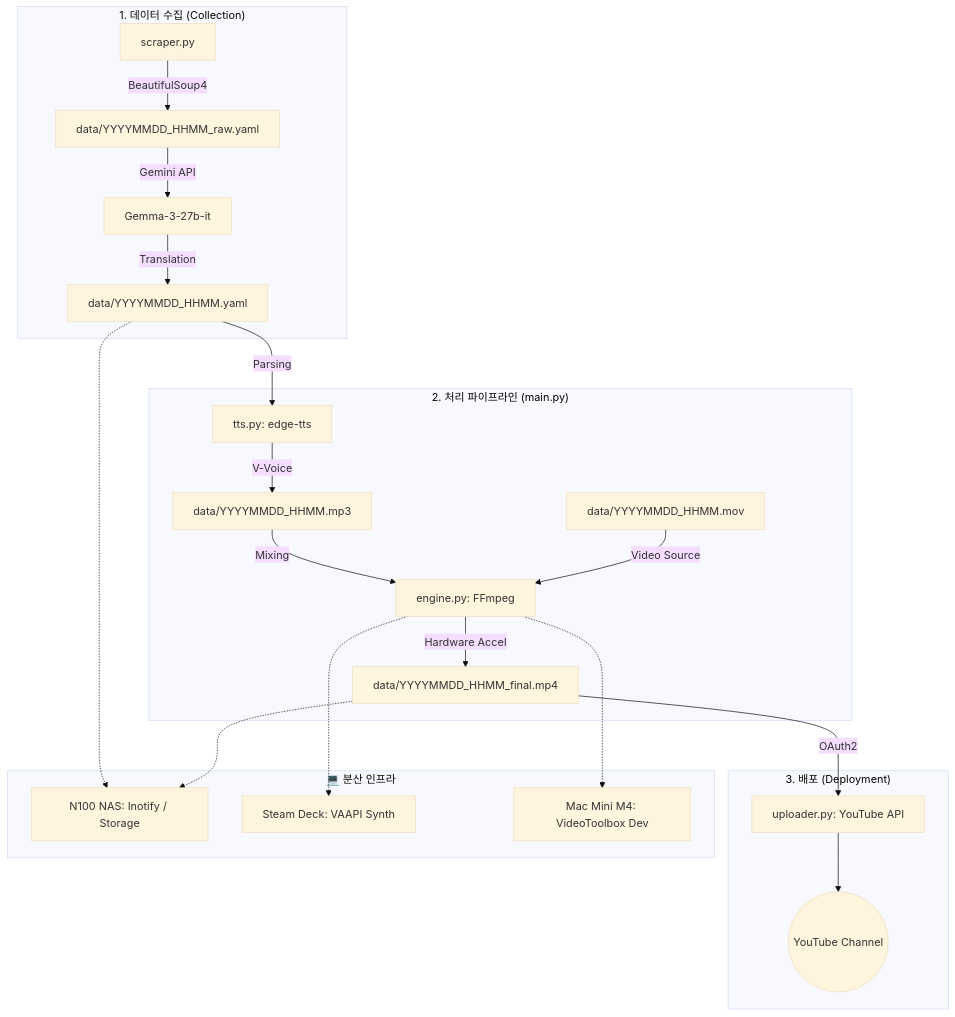
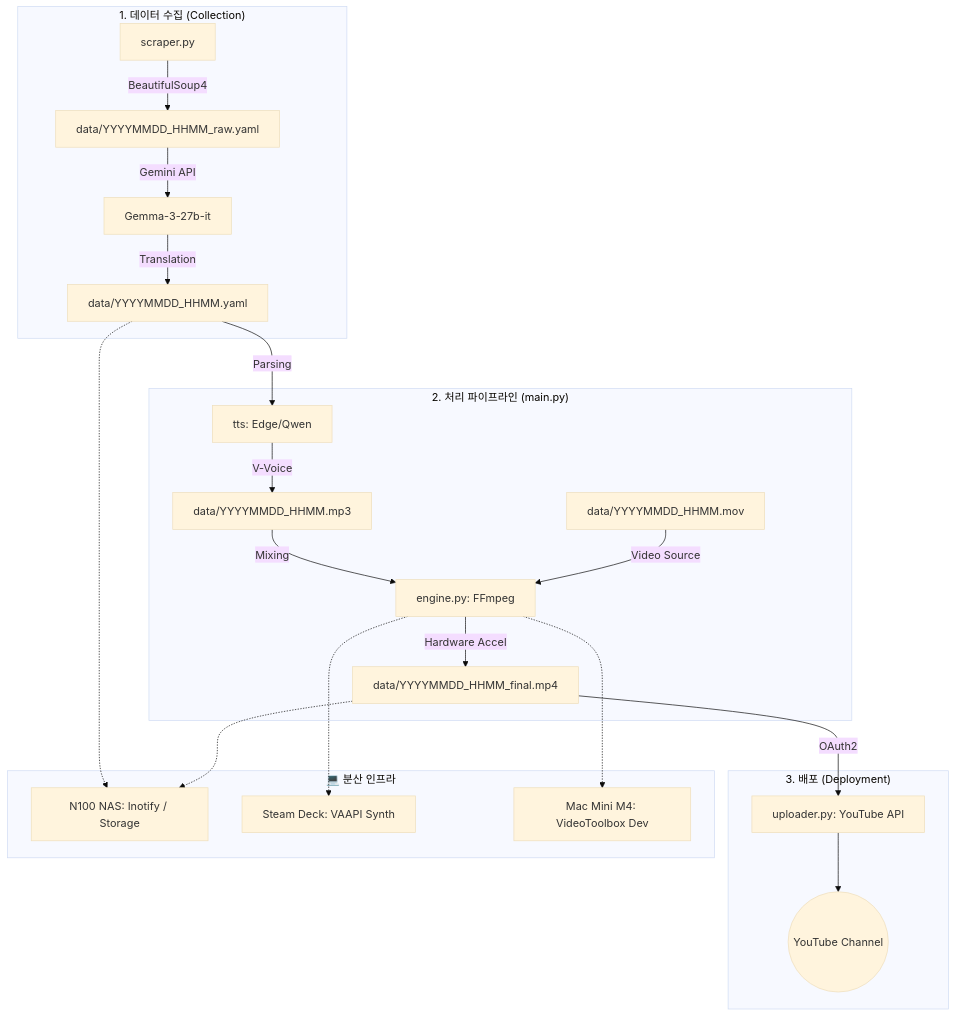
The diagram in README.md (deuxksy/today-vn-news), drawn with Mermaid (base theme) before and after one commit. The commit also changed other lines of this file and 2 other files, not shown here.

First line of the commit message:
feat: Qwen3-TTS Rust CLI 통합

````diff
--- a/README.md
+++ b/README.md
@@ -15,34 +15,34 @@
 ```mermaid
 graph TD
     subgraph "1. 데이터 수집 (Collection)"
         S[scraper.py] -->|BeautifulSoup4| RAW[data/YYYYMMDD_HHMM_raw.yaml]
         RAW -->|Gemini API| G[Gemma-3-27b-it]
         G -->|Translation| YAML[data/YYYYMMDD_HHMM.yaml]
     end
 
     subgraph "2. 처리 파이프라인 (main.py)"
-        YAML -->|Parsing| TTS[tts.py: edge-tts]
+        YAML -->|Parsing| TTS[tts: Edge/Qwen]
         TTS -->|V-Voice| MP3[data/YYYYMMDD_HHMM.mp3]
 
         MP3 -->|Mixing| Engine[engine.py: FFmpeg]
         MOV[data/YYYYMMDD_HHMM.mov] -->|Video Source| Engine
 
         Engine -->|Hardware Accel| Final[data/YYYYMMDD_HHMM_final.mp4]
     end
 
     subgraph "3. 배포 (Deployment)"
         Final -->|OAuth2| UP[uploader.py: YouTube API]
         UP --> YT((YouTube Channel))
     end
 
     subgraph "💻 분산 인프라"
         NAS[N100 NAS: Inotify / Storage]
         SD[Steam Deck: VAAPI Synth]
         MAC[Mac Mini M4: VideoToolbox Dev]
     end
 
     YAML -.-> NAS
     Final -.-> NAS
     Engine -.-> SD
     Engine -.-> MAC
 ```
````
